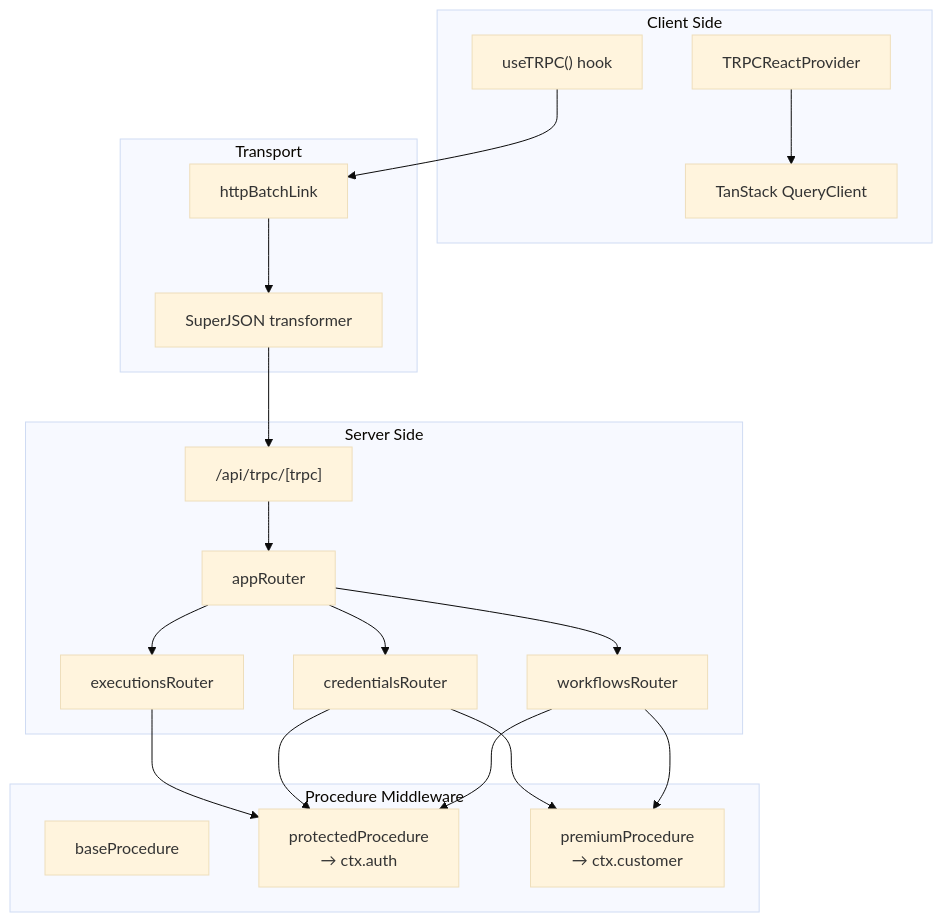
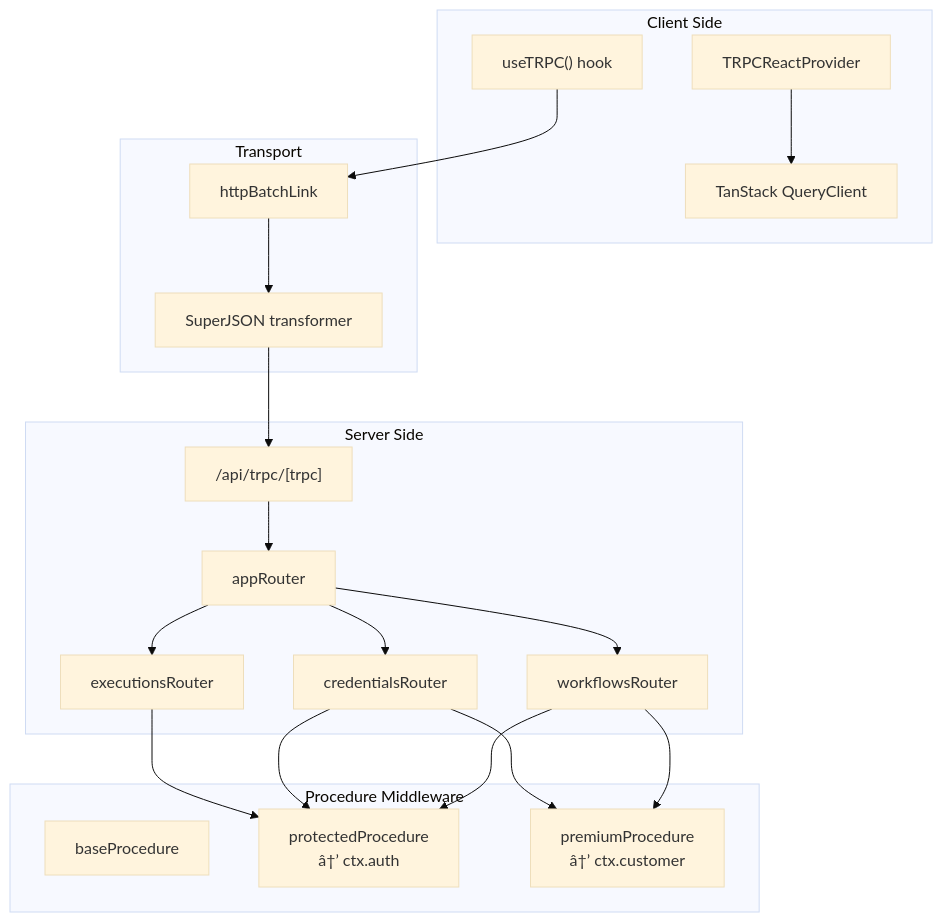
One commit to aditya-deokar/a8n changed the diagram in docs/API_REFERENCE.md. Above: the diagram before and after it, drawn with Mermaid (base theme). The commit also changed other lines of this file and 85 other files, not shown here.

````diff
--- a/docs/API_REFERENCE.md
+++ b/docs/API_REFERENCE.md
@@ -25,41 +25,41 @@
 ```mermaid
 graph TD
     subgraph Client["Client Side"]
         useTRPC["useTRPC() hook"]
         TRPCProvider["TRPCReactProvider"]
         QueryClient["TanStack QueryClient"]
     end
 
     subgraph Transport["Transport"]
         BatchLink["httpBatchLink"]
         SuperJSON["SuperJSON transformer"]
     end
 
     subgraph Server["Server Side"]
         Handler["/api/trpc/[trpc]"]
         AppRouter["appRouter"]
         WR["workflowsRouter"]
         CR["credentialsRouter"]
         ER["executionsRouter"]
     end
 
     subgraph Middleware["Procedure Middleware"]
         Base["baseProcedure"]
-        Protected["protectedProcedure<br/>→ ctx.auth"]
-        Premium["premiumProcedure<br/>→ ctx.customer"]
+        Protected["protectedProcedure<br/>â†’ ctx.auth"]
+        Premium["premiumProcedure<br/>â†’ ctx.customer"]
     end
 
     useTRPC --> BatchLink
     TRPCProvider --> QueryClient
     BatchLink --> SuperJSON
     SuperJSON --> Handler
     Handler --> AppRouter
     AppRouter --> WR
     AppRouter --> CR
     AppRouter --> ER
     WR --> Protected
     WR --> Premium
     CR --> Protected
     CR --> Premium
     ER --> Protected
 ```
````
